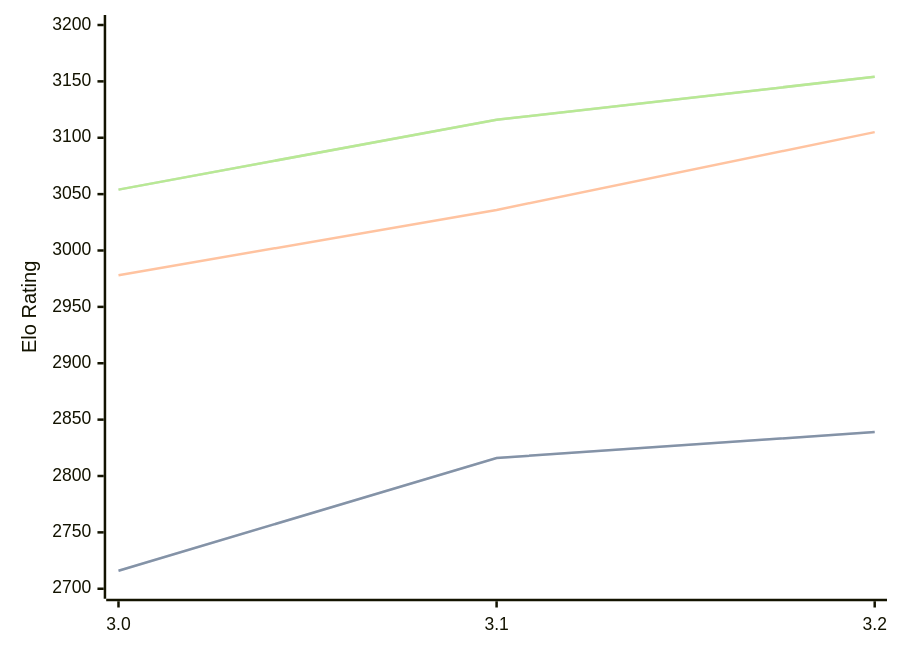
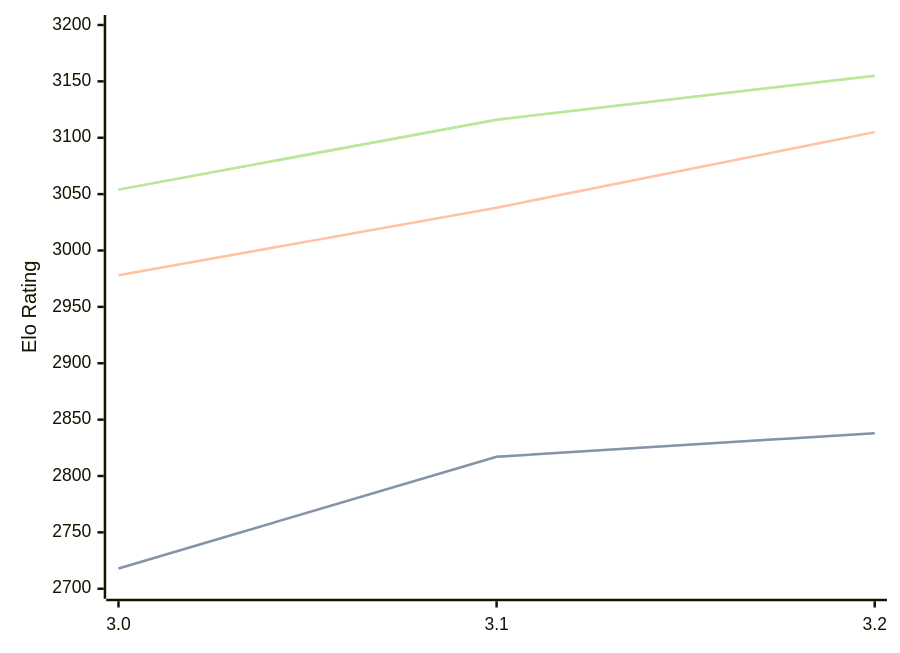
Before and after one commit to computer-chess-index/cci: the third of 3 diagrams in engines/Vajolet2.md, drawn with Mermaid. The commit also changed other lines of this file, not shown here.

Commit message:
Update CCI Ratings (ELO VLTC) - 2026-06-22

````diff
--- a/engines/Vajolet2.md
+++ b/engines/Vajolet2.md
@@ -74,11 +74,11 @@
 ```mermaid
 %%{init: {"theme":"base","themeVariables":{"seriesColors:['#a3a3a3','#222221','#faa371']}}}%%
 xychart-beta
   x-axis ["3.0", "3.1", "3.2"]
   y-axis "Elo Rating" 2700 --> 3200
-  line "STC (8.0+0.08s)" [2716, 2816, 2839]
-  line "STC (8.0+0.08s)" [2716, 2816, 2839]
-  line "LTC (60.0+0.60s)" [2978, 3036, 3105]
-  line "VLTC (2m24s+1.12s)" [3054, 3116, 3154]
-  line "VLTC (2m24s+1.12s)" [3054, 3116, 3154]
+  line "STC (8.0+0.08s)" [2718, 2817, 2838]
+  line "STC (8.0+0.08s)" [2718, 2817, 2838]
+  line "LTC (60.0+0.60s)" [2978, 3038, 3105]
+  line "VLTC (2m24s+1.12s)" [3054, 3116, 3155]
+  line "VLTC (2m24s+1.12s)" [3054, 3116, 3155]
 ```
````
